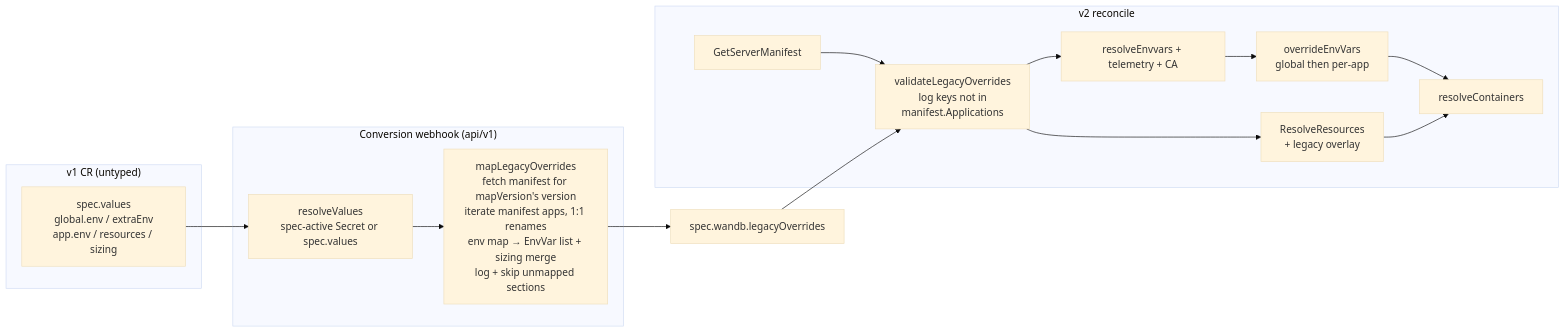
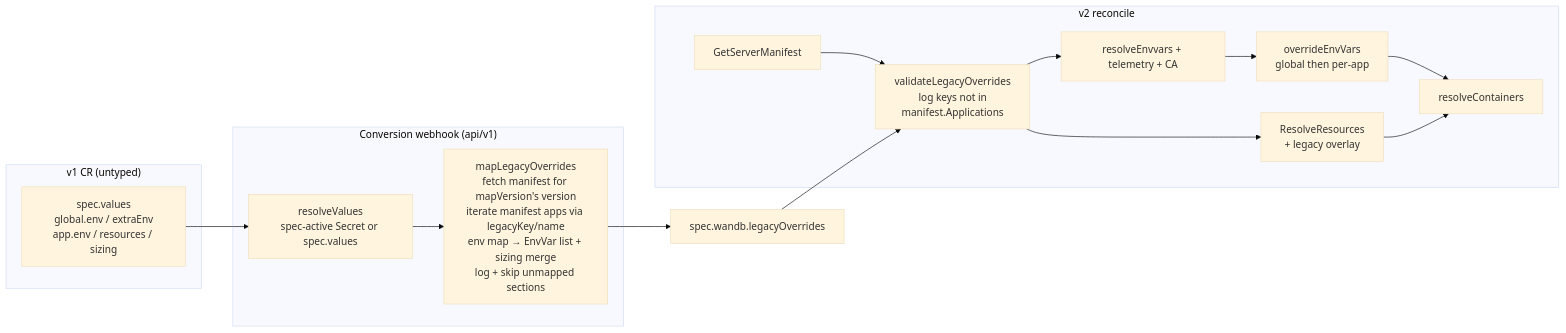
The diagram in docs/design/wandb_v2/legacy_overrides.md (wandb/operator), drawn with Mermaid (base theme) before and after one commit. The commit also changed other lines of this file and 6 other files, not shown here.

First line of the commit message:
refactor(conversion): Source renamed helm keys from the manifest legacyKey field

````diff
--- a/docs/design/wandb_v2/legacy_overrides.md
+++ b/docs/design/wandb_v2/legacy_overrides.md
@@ -244,17 +247,17 @@
 ```mermaid
 flowchart LR
     subgraph v1["v1 CR (untyped)"]
         V[spec.values<br/>global.env / extraEnv<br/>app.env / resources / sizing]
     end
     subgraph conv["Conversion webhook (api/v1)"]
-        RV[resolveValues<br/>spec-active Secret or spec.values] --> MLO[mapLegacyOverrides<br/>fetch manifest for mapVersion's version<br/>iterate manifest apps, 1:1 renames<br/>env map → EnvVar list + sizing merge<br/>log + skip unmapped sections]
+        RV[resolveValues<br/>spec-active Secret or spec.values] --> MLO[mapLegacyOverrides<br/>fetch manifest for mapVersion's version<br/>iterate manifest apps via legacyKey/name<br/>env map → EnvVar list + sizing merge<br/>log + skip unmapped sections]
     end
     subgraph rec["v2 reconcile"]
         GM[GetServerManifest] --> PR[validateLegacyOverrides<br/>log keys not in<br/>manifest.Applications]
         PR --> ENV[resolveEnvvars + telemetry + CA] --> OV[overrideEnvVars<br/>global then per-app] --> RC[resolveContainers]
         PR --> RR[ResolveResources<br/>+ legacy overlay] --> RC
     end
     V --> RV
     MLO --> LO["spec.wandb.legacyOverrides"]
     LO --> PR
 ```
````
